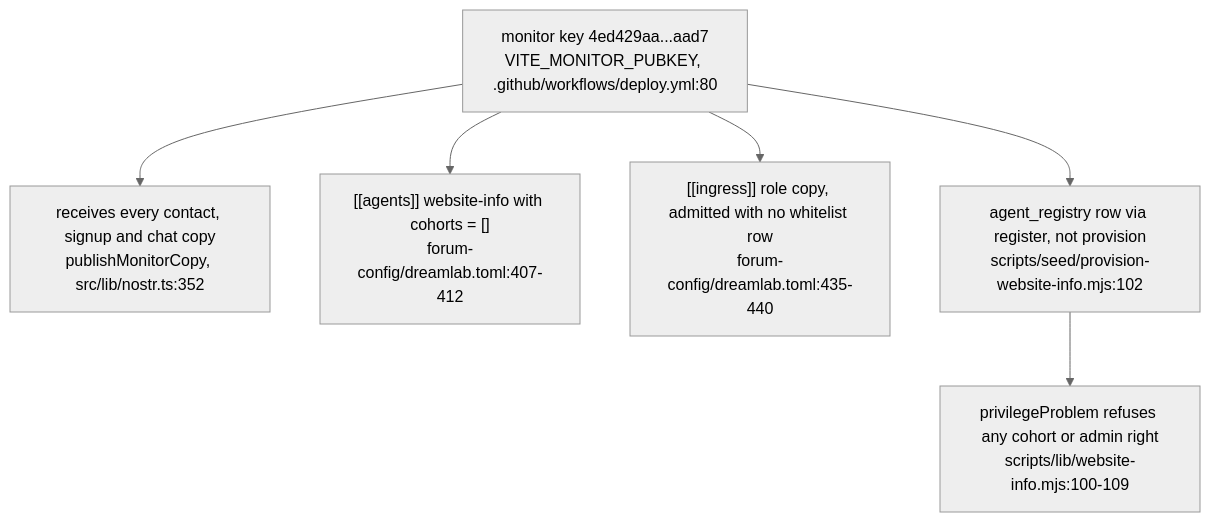
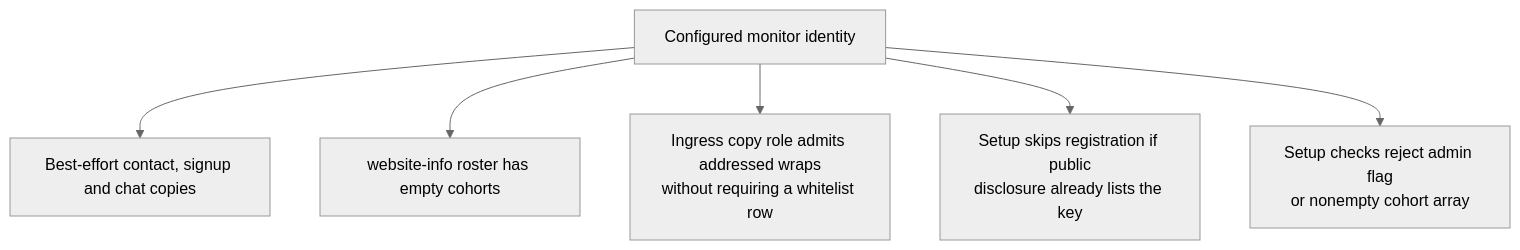
The seventh of 7 diagrams in docs/diagrams/dreamlab-ai-website/04-identity-zones-and-security-posture.md (DreamLab-AI/VisionFlow), drawn with Mermaid (neutral theme) before and after one commit. The commit also changed other lines of this file and 25 other files, not shown here.

Commit message:
docs: audit website identity and inbox delivery boundaries

````diff
--- a/docs/diagrams/dreamlab-ai-website/04-identity-zones-and-security-posture.md
+++ b/docs/diagrams/dreamlab-ai-website/04-identity-zones-and-security-posture.md
@@ -119,8 +128,15 @@
 ```mermaid
 flowchart TB
-    KEY["monitor key 4ed429aa...aad7<br/>VITE_MONITOR_PUBKEY, .github/workflows/deploy.yml:80"] --> COPY["receives every contact, signup and chat copy<br/>publishMonitorCopy, src/lib/nostr.ts:352"]
-    KEY --> ROSTER["[[agents]] website-info with cohorts = []<br/>forum-config/dreamlab.toml:407-412"]
-    KEY --> INGRESS["[[ingress]] role copy, admitted with no whitelist row<br/>forum-config/dreamlab.toml:435-440"]
-    KEY --> REG["agent_registry row via register, not provision<br/>scripts/seed/provision-website-info.mjs:102"]
-    REG --> GUARD["privilegeProblem refuses any cohort or admin right<br/>scripts/lib/website-info.mjs:100-109"]
+    %% Source: ../dreamlab-ai-website/.github/workflows/deploy.yml:80
+    A["Configured monitor identity"]
+    %% Source: ../dreamlab-ai-website/src/lib/nostr.ts:352
+    A --> B["Best-effort contact, signup and chat copies"]
+    %% Source: ../dreamlab-ai-website/forum-config/dreamlab.toml:407
+    A --> C["website-info roster has empty cohorts"]
+    %% Source: ../dreamlab-ai-website/forum-config/dreamlab.toml:435
+    A --> D["Ingress copy role admits addressed wraps<br/>without requiring a whitelist row"]
+    %% Source: ../dreamlab-ai-website/scripts/seed/provision-website-info.mjs:97
+    A --> E["Setup skips registration if public<br/>disclosure already lists the key"]
+    %% Source: ../dreamlab-ai-website/scripts/lib/website-info.mjs:100
+    A --> F["Setup checks reject admin flag<br/>or nonempty cohort array"]
 ```
````
